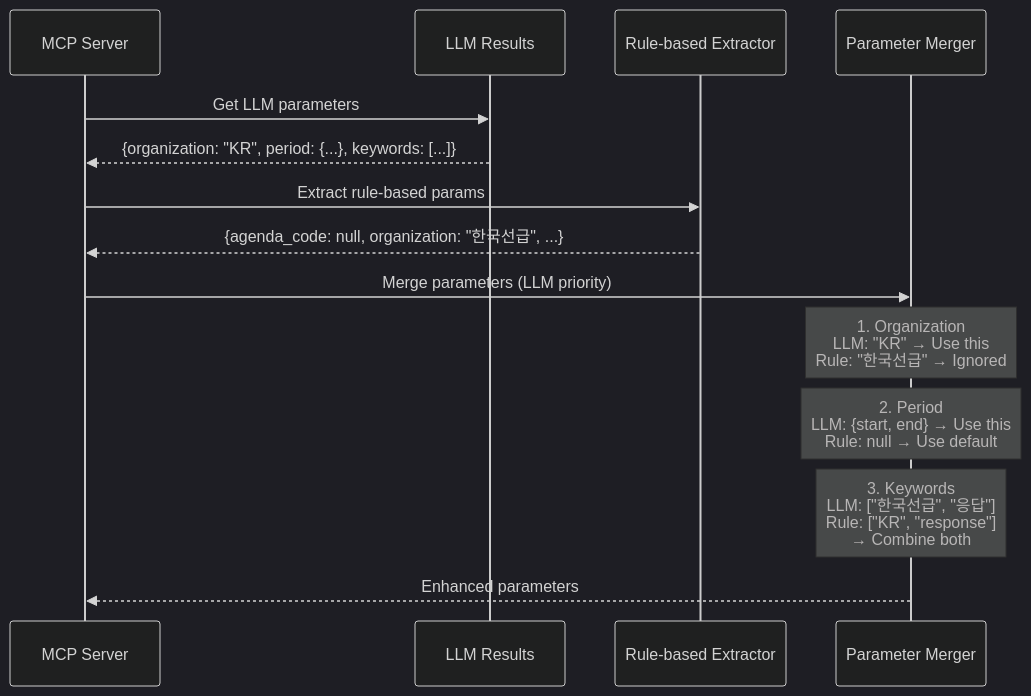
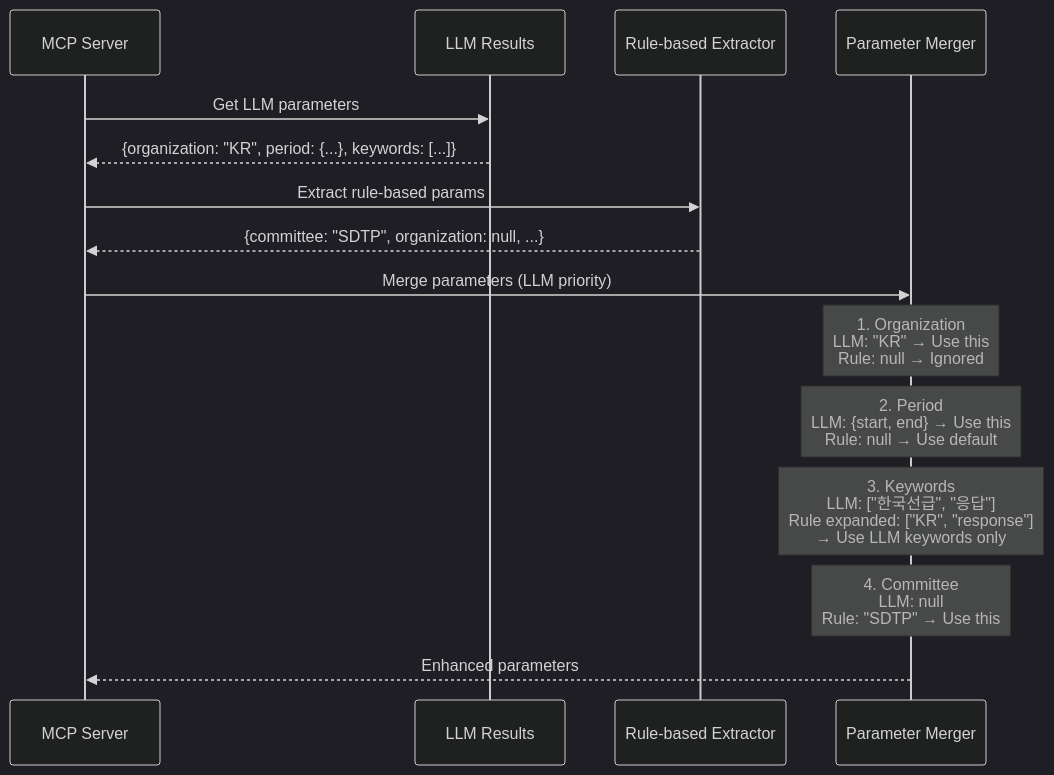
One commit to kimghw/MailQueryWithMCP changed the third of 3 diagrams in docs/mock_claude_detailed_dataflow_analysis.md. Above: the diagram before and after it, drawn with Mermaid (dark theme). The commit also changed other lines of this file and 8 other files, not shown here.

````diff
--- a/docs/mock_claude_detailed_dataflow_analysis.md
+++ b/docs/mock_claude_detailed_dataflow_analysis.md
@@ -835,23 +597,25 @@
 ```mermaid
 sequenceDiagram
     participant MCP as MCP Server
     participant LLM as LLM Results
     participant Rule as Rule-based Extractor
     participant Merge as Parameter Merger
     
     MCP->>LLM: Get LLM parameters
     LLM-->>MCP: {organization: "KR", period: {...}, keywords: [...]}
     
     MCP->>Rule: Extract rule-based params
-    Rule-->>MCP: {agenda_code: null, organization: "한국선급", ...}
+    Rule-->>MCP: {committee: "SDTP", organization: null, ...}
     
     MCP->>Merge: Merge parameters (LLM priority)
     
-    Note over Merge: 1. Organization<br/>LLM: "KR" → Use this<br/>Rule: "한국선급" → Ignored
+    Note over Merge: 1. Organization<br/>LLM: "KR" → Use this<br/>Rule: null → Ignored
     
     Note over Merge: 2. Period<br/>LLM: {start, end} → Use this<br/>Rule: null → Use default
     
-    Note over Merge: 3. Keywords<br/>LLM: ["한국선급", "응답"]<br/>Rule: ["KR", "response"]<br/>→ Combine both
+    Note over Merge: 3. Keywords<br/>LLM: ["한국선급", "응답"]<br/>Rule expanded: ["KR", "response"]<br/>→ Use LLM keywords only
+    
+    Note over Merge: 4. Committee<br/>LLM: null<br/>Rule: "SDTP" → Use this
     
     Merge-->>MCP: Enhanced parameters
 ```
````
